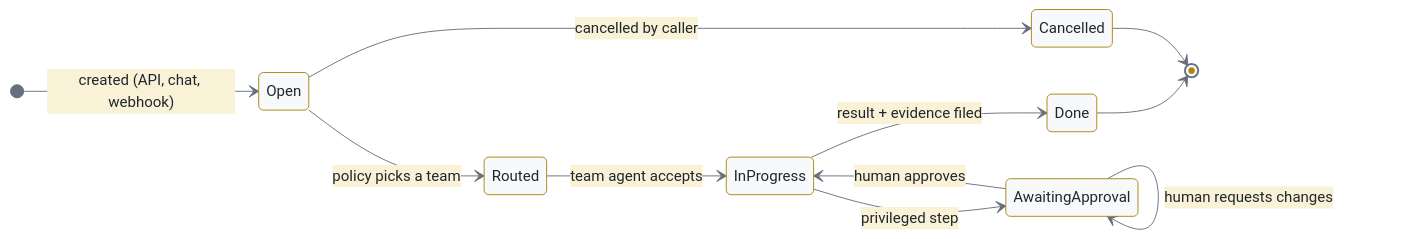
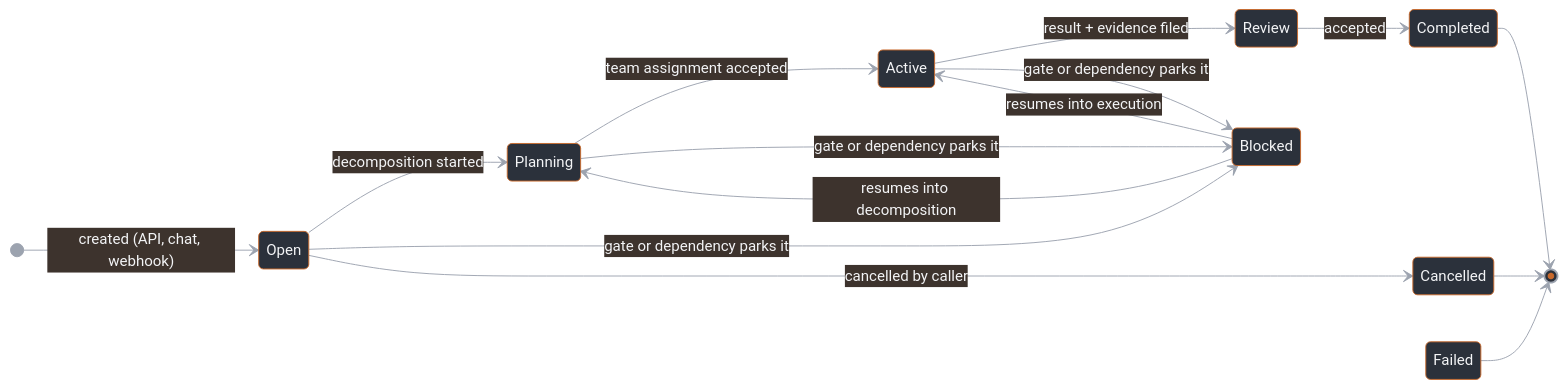
Before and after one commit to denisekart/open-facilitator: the first of 2 diagrams in site/src/pages/what.md, drawn with Mermaid. The commit also changed other lines of this file and 43 other files, not shown here.

````diff
--- a/site/src/pages/what.md
+++ b/site/src/pages/what.md
@@ -19,15 +19,19 @@
 ```mermaid title="The life of a Work"
-%%{init: {"theme": "base", "themeVariables": {"primaryColor": "#f7f9fb", "primaryBorderColor": "#ab8612", "primaryTextColor": "#21262e", "lineColor": "#676f7c", "secondaryColor": "#faf2d6"}}}%%
+%%{init: {"theme": "base", "themeVariables": {"primaryColor": "#2b313b", "primaryBorderColor": "#c96a2d", "primaryTextColor": "#f3f4f6", "lineColor": "#9ca3af", "secondaryColor": "#3d332d"}}}%%
 stateDiagram-v2
     direction LR
     [*] --> Open: created (API, chat, webhook)
-    Open --> Routed: policy picks a team
-    Routed --> InProgress: team agent accepts
-    InProgress --> AwaitingApproval: privileged step
-    AwaitingApproval --> InProgress: human approves
-    AwaitingApproval --> AwaitingApproval: human requests changes
-    InProgress --> Done: result + evidence filed
+    Open --> Planning: decomposition started
+    Open --> Blocked: gate or dependency parks it
+    Planning --> Active: team assignment accepted
+    Planning --> Blocked: gate or dependency parks it
+    Active --> Review: result + evidence filed
+    Active --> Blocked: gate or dependency parks it
+    Review --> Completed: accepted
+    Blocked --> Planning: resumes into decomposition
+    Blocked --> Active: resumes into execution
     Open --> Cancelled: cancelled by caller
-    Done --> [*]
+    Completed --> [*]
     Cancelled --> [*]
+    Failed --> [*]
 ```
````
